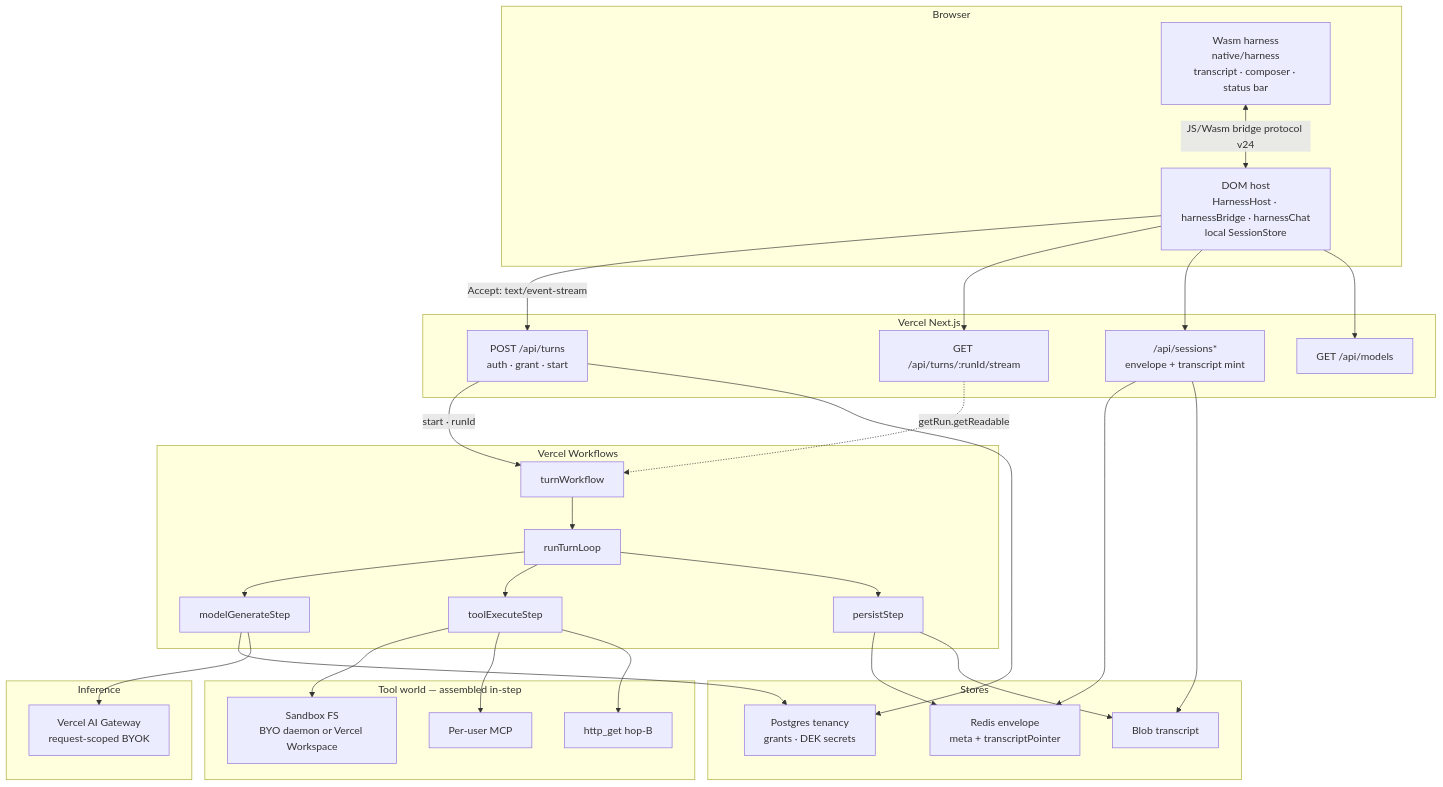
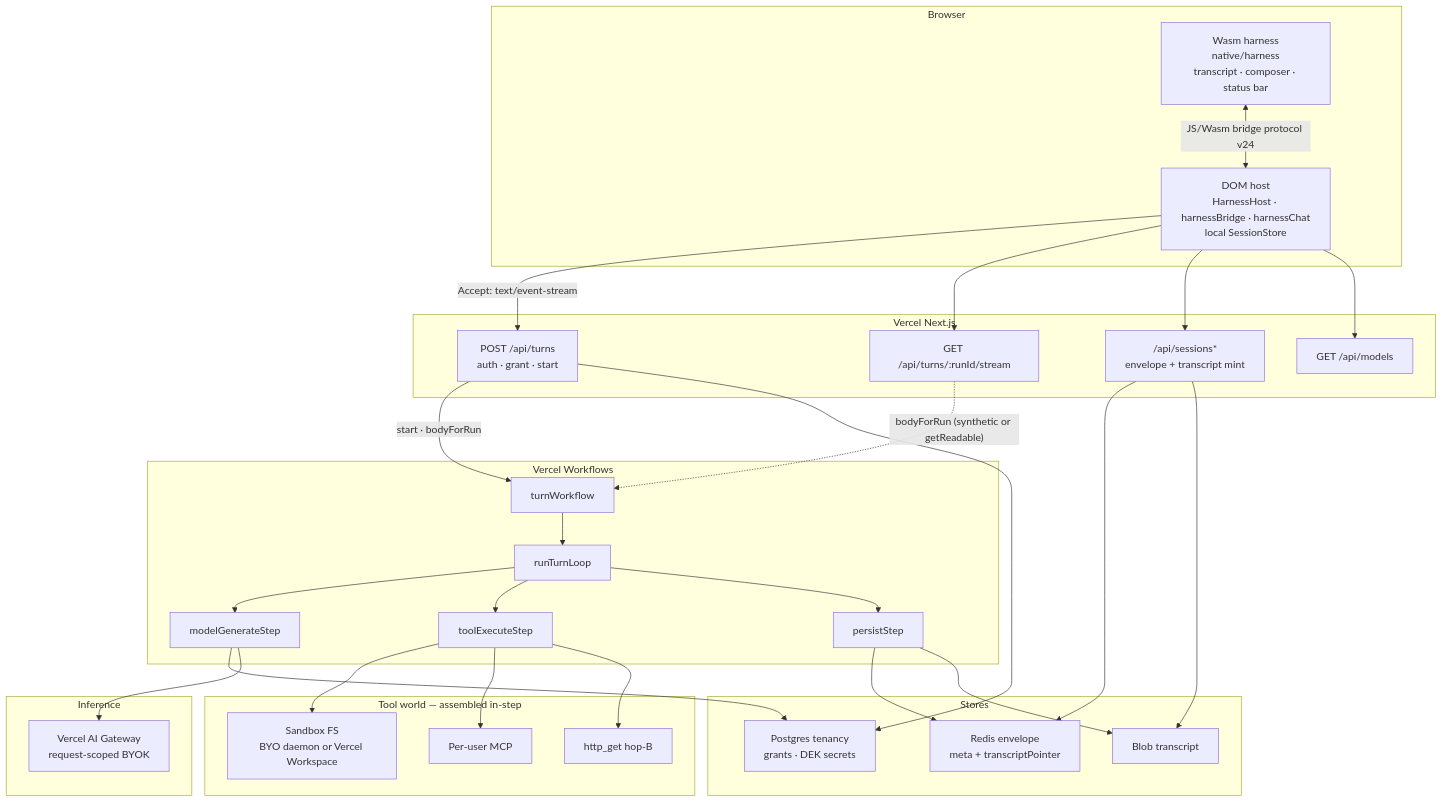
One commit to btipling/invincible changed the diagram in docs/architecture.md. Above: the diagram before and after it, drawn with Mermaid. The commit also changed 4 other files, not shown here.

First line of the commit message:
test(turns): lock bodyForRun-only attach and failed synthetic

````diff
--- a/docs/architecture.md
+++ b/docs/architecture.md
@@ -11,64 +11,64 @@
 ```mermaid
 flowchart TB
   subgraph browser ["Browser"]
     wasm["Wasm harness<br/>native/harness<br/>transcript · composer · status bar"]
     host["DOM host<br/>HarnessHost · harnessBridge · harnessChat<br/>local SessionStore"]
     wasm <-->|"JS/Wasm bridge protocol v24"| host
   end
 
   subgraph next ["Vercel Next.js"]
     turns["POST /api/turns<br/>auth · grant · start"]
     attach["GET /api/turns/:runId/stream"]
     sessions["/api/sessions*<br/>envelope + transcript mint"]
     models["GET /api/models"]
   end
 
   host -->|"Accept: text/event-stream"| turns
   host --> attach
   host --> sessions
   host --> models
 
   subgraph wf ["Vercel Workflows"]
     entry["turnWorkflow"]
     loop["runTurnLoop"]
     model["modelGenerateStep"]
     tools["toolExecuteStep"]
     persist["persistStep"]
     entry --> loop
     loop --> model
     loop --> tools
     loop --> persist
   end
 
-  turns -->|"start · runId"| entry
-  attach -.->|"getRun.getReadable"| entry
+  turns -->|"start · bodyForRun"| entry
+  attach -.->|"bodyForRun (synthetic or getReadable)"| entry
 
   subgraph stores ["Stores"]
     redis["Redis envelope<br/>meta + transcriptPointer"]
     blob["Blob transcript"]
     pg["Postgres tenancy<br/>grants · DEK secrets"]
   end
 
   persist --> redis
   persist --> blob
   sessions --> redis
   sessions --> blob
   turns --> pg
   model --> pg
 
   subgraph infer ["Inference"]
     gw["Vercel AI Gateway<br/>request-scoped BYOK"]
   end
 
   model --> gw
 
   subgraph toolworld ["Tool world — assembled in-step"]
     sbx["Sandbox FS<br/>BYO daemon or Vercel Workspace"]
     mcp["Per-user MCP"]
     http["http_get hop-B"]
   end
 
   tools --> sbx
   tools --> mcp
   tools --> http
 ```
````
